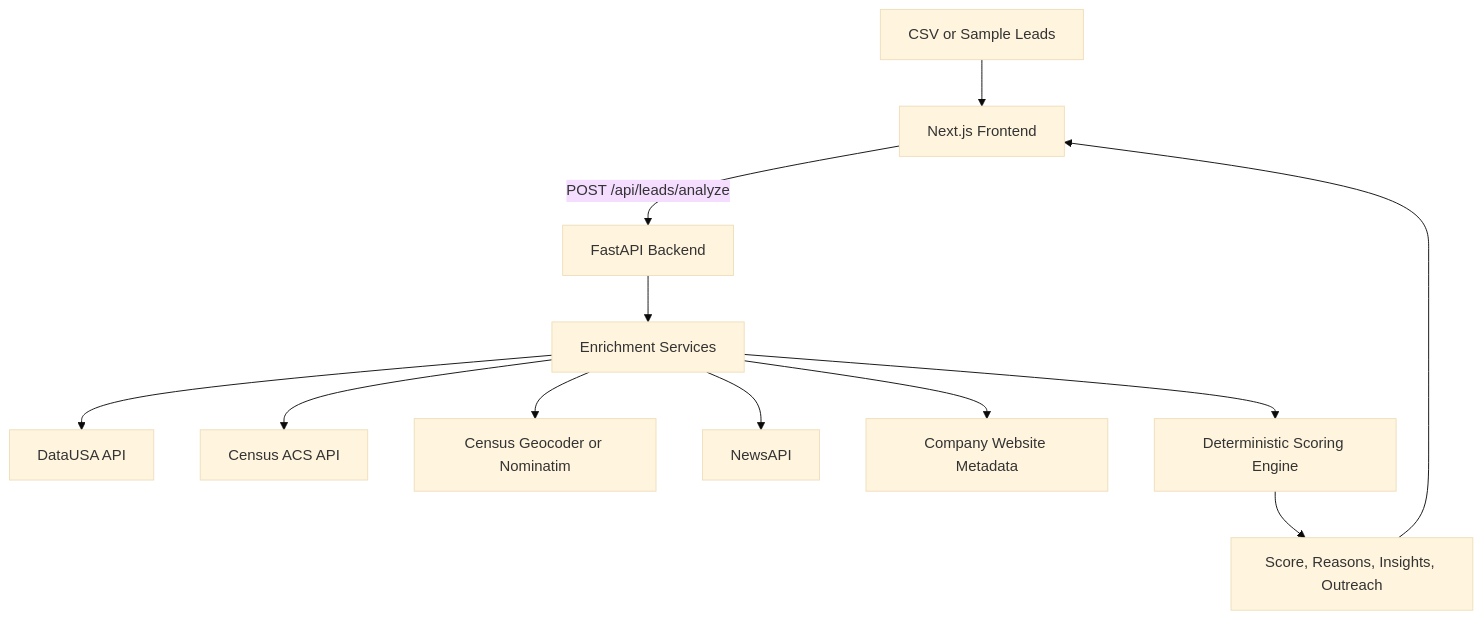
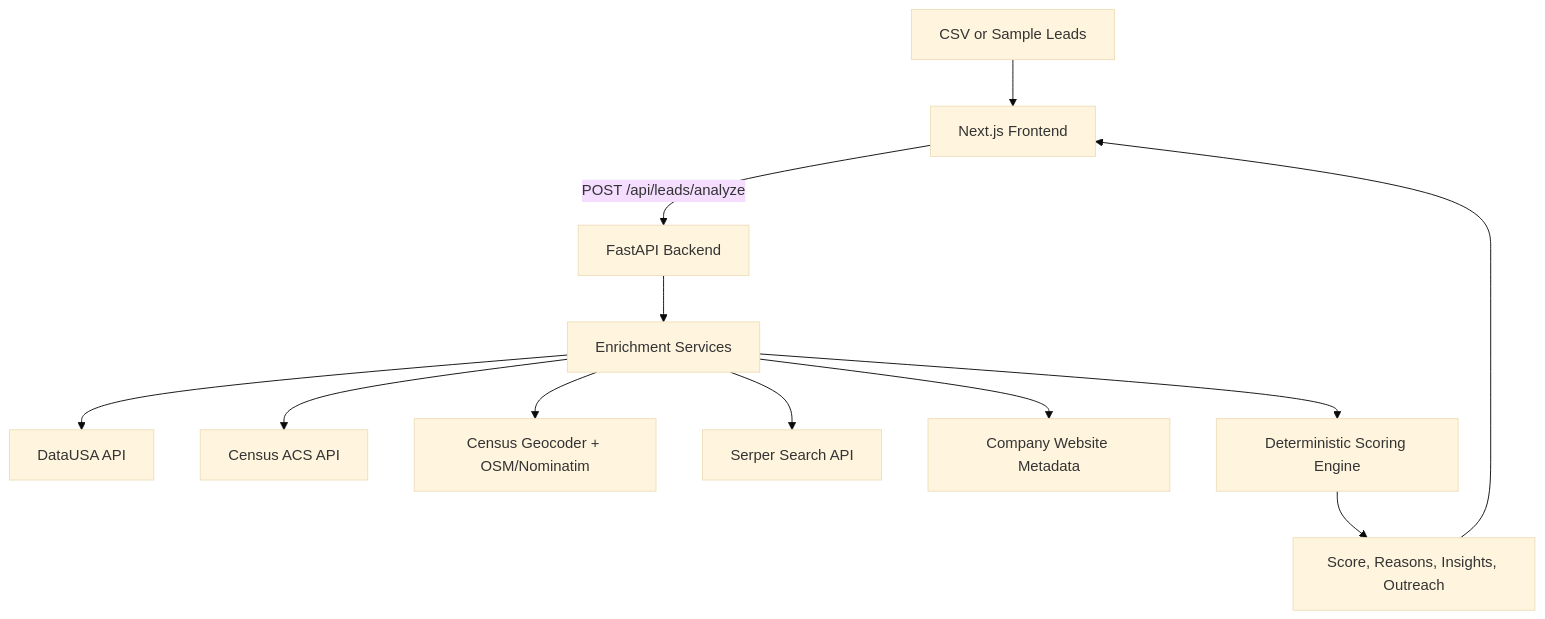
The diagram in README.md (yashvisal/inbound-sdr-copilot), drawn with Mermaid (base theme) before and after one commit. The commit also changed other lines of this file and 2 other files, not shown here.

````diff
--- a/README.md
+++ b/README.md
@@ -641,14 +576,14 @@
 ```mermaid
 flowchart TD
   leadInput["CSV or Sample Leads"] --> frontend["Next.js Frontend"]
   frontend -->|"POST /api/leads/analyze"| backend["FastAPI Backend"]
   backend --> enrich["Enrichment Services"]
   enrich --> datausa["DataUSA API"]
   enrich --> census["Census ACS API"]
-  enrich --> geocoder["Census Geocoder or Nominatim"]
-  enrich --> newsapi["NewsAPI"]
+  enrich --> geocoder["Census Geocoder + OSM/Nominatim"]
+  enrich --> serper["Serper Search API"]
   enrich --> website["Company Website Metadata"]
   enrich --> scoring["Deterministic Scoring Engine"]
   scoring --> outputs["Score, Reasons, Insights, Outreach"]
   outputs --> frontend
 ```
````
